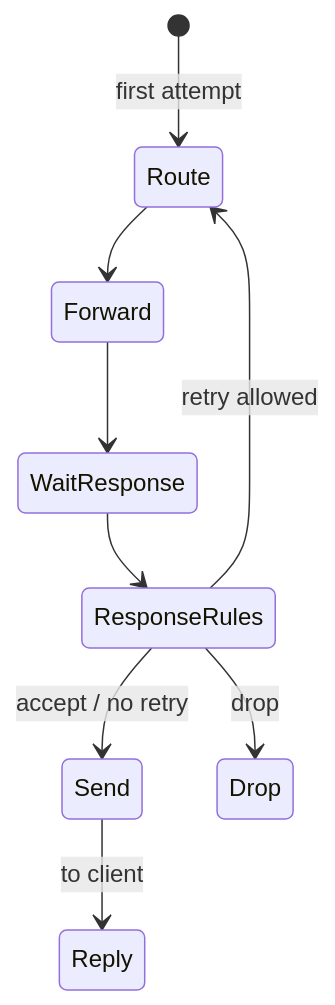
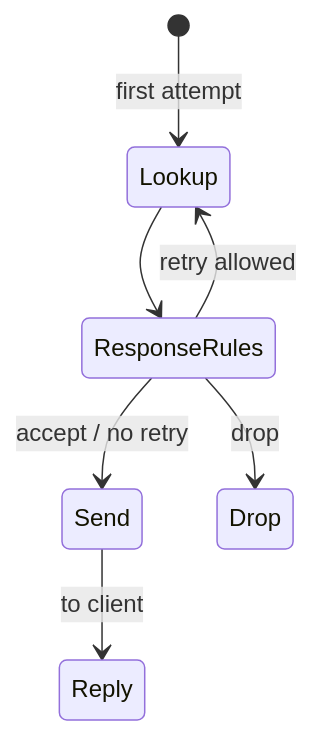
Before and after one commit to egon1024/DNSConduit: the diagram in operator-docs/docs/policy-routing/retries-and-transactions.md, drawn with Mermaid. The commit also changed other lines of this file and 50 other files, not shown here.

````diff
--- a/operator-docs/docs/policy-routing/retries-and-transactions.md
+++ b/operator-docs/docs/policy-routing/retries-and-transactions.md
@@ -13,11 +13,9 @@
 ```mermaid
 stateDiagram-v2
-  [*] --> Route: first attempt
-  Route --> Forward
-  Forward --> WaitResponse
-  WaitResponse --> ResponseRules
+  [*] --> Lookup: first attempt
+  Lookup --> ResponseRules
   ResponseRules --> Send: accept / no retry
-  ResponseRules --> Route: retry allowed
+  ResponseRules --> Lookup: retry allowed
   ResponseRules --> Drop: drop
   Send --> Reply: to client
 ```
````
